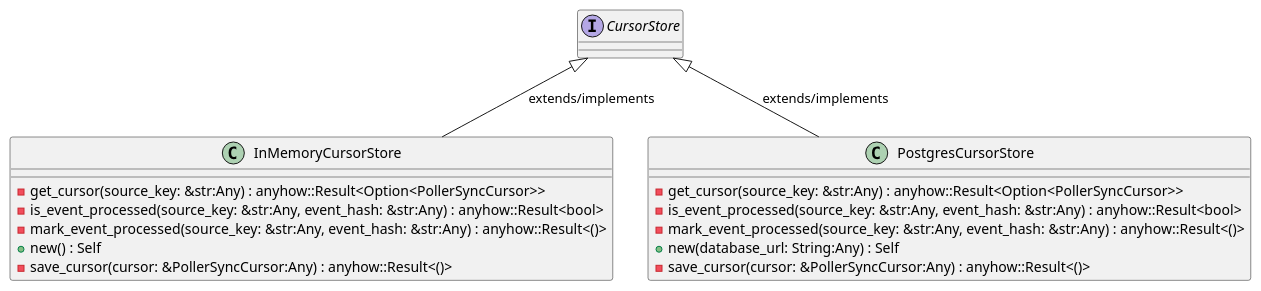
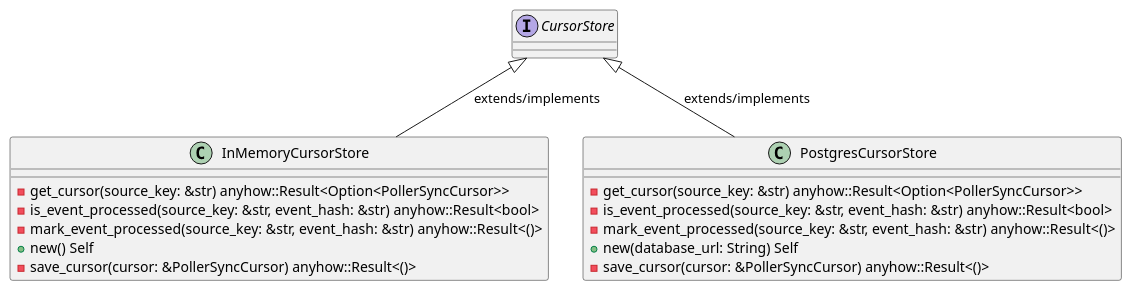
Before and after one commit to lgcorzo/rust_CACD_autonomous_factory: the first of 6 diagrams in openwiki/crates_factory_infrastructure_src_cursor_store.md, drawn with PlantUML. The commit also changed other lines of this file and 97 other files, not shown here.

First line of the commit message:
Fix Rust AST parsing for method and function parameters, and update OKF UML frontmatter

````diff
--- a/openwiki/crates_factory_infrastructure_src_cursor_store.md
+++ b/openwiki/crates_factory_infrastructure_src_cursor_store.md
@@ -124,23 +129,23 @@
 ```plantuml
 @startuml
 interface CursorStore {
 }
 class InMemoryCursorStore {
-    -get_cursor(source_key: &str:Any) : anyhow::Result<Option<PollerSyncCursor>>
-    -is_event_processed(source_key: &str:Any, event_hash: &str:Any) : anyhow::Result<bool>
-    -mark_event_processed(source_key: &str:Any, event_hash: &str:Any) : anyhow::Result<()>
-    +new() : Self
-    -save_cursor(cursor: &PollerSyncCursor:Any) : anyhow::Result<()>
+    -get_cursor(source_key: &str) anyhow::Result<Option<PollerSyncCursor>>
+    -is_event_processed(source_key: &str, event_hash: &str) anyhow::Result<bool>
+    -mark_event_processed(source_key: &str, event_hash: &str) anyhow::Result<()>
+    +new() Self
+    -save_cursor(cursor: &PollerSyncCursor) anyhow::Result<()>
 }
 CursorStore <|-- InMemoryCursorStore : extends/implements
 class PostgresCursorStore {
-    -get_cursor(source_key: &str:Any) : anyhow::Result<Option<PollerSyncCursor>>
-    -is_event_processed(source_key: &str:Any, event_hash: &str:Any) : anyhow::Result<bool>
-    -mark_event_processed(source_key: &str:Any, event_hash: &str:Any) : anyhow::Result<()>
-    +new(database_url: String:Any) : Self
-    -save_cursor(cursor: &PollerSyncCursor:Any) : anyhow::Result<()>
+    -get_cursor(source_key: &str) anyhow::Result<Option<PollerSyncCursor>>
+    -is_event_processed(source_key: &str, event_hash: &str) anyhow::Result<bool>
+    -mark_event_processed(source_key: &str, event_hash: &str) anyhow::Result<()>
+    +new(database_url: String) Self
+    -save_cursor(cursor: &PollerSyncCursor) anyhow::Result<()>
 }
 CursorStore <|-- PostgresCursorStore : extends/implements
 @enduml
 
 ```
````
